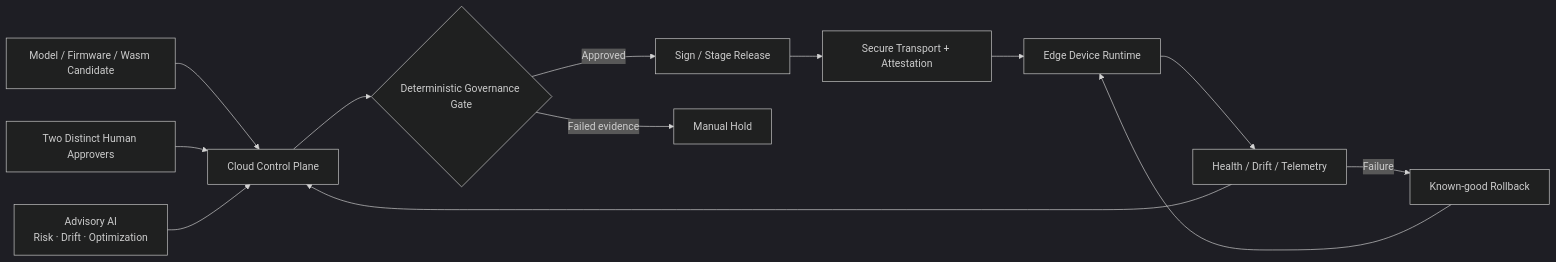
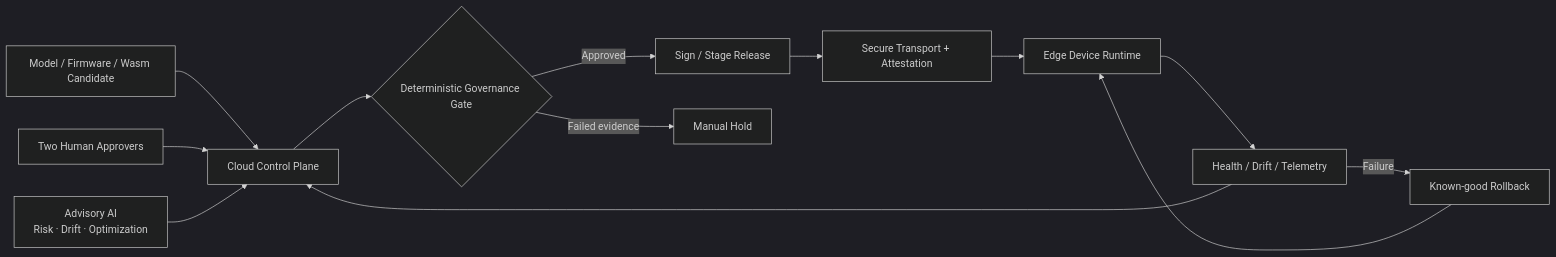
The second of 2 diagrams in README.md (h00w/secure-edge-ai-governance), drawn with Mermaid (dark theme) before and after one commit. The commit also changed other lines of this file, not shown here.

````diff
--- a/README.md
+++ b/README.md
@@ -86,15 +74,15 @@
 ```mermaid
 flowchart LR
     A[Model / Firmware / Wasm Candidate] --> B[Cloud Control Plane]
-    H[Two Distinct Human Approvers] --> B
+    H[Two Human Approvers] --> B
     AI[Advisory AI\nRisk · Drift · Optimization] --> B
     B --> G{Deterministic Governance Gate}
     G -->|Approved| S[Sign / Stage Release]
     G -->|Failed evidence| M[Manual Hold]
     S --> T[Secure Transport + Attestation]
     T --> D[Edge Device Runtime]
     D --> O[Health / Drift / Telemetry]
     O --> B
     O -->|Failure| R[Known-good Rollback]
     R --> D
 ```
````
